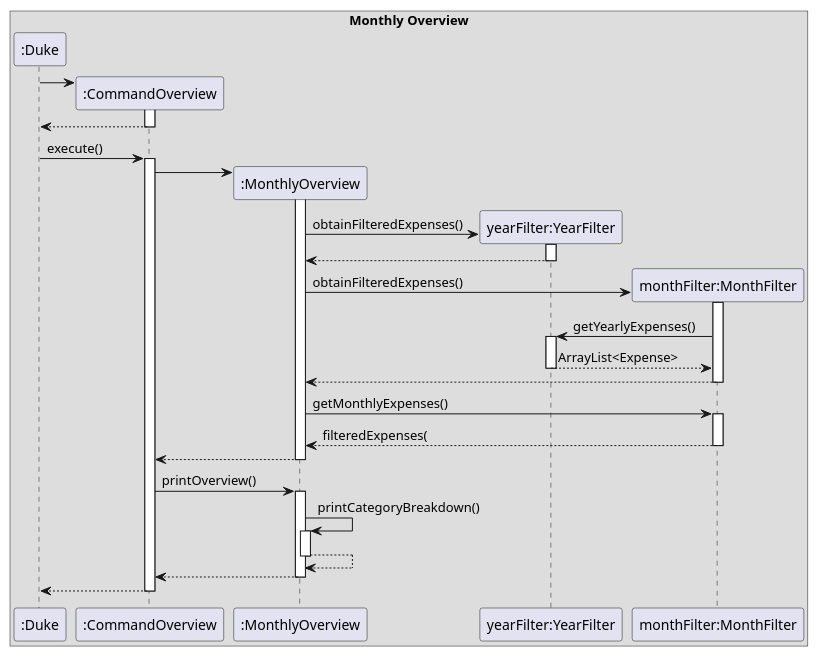
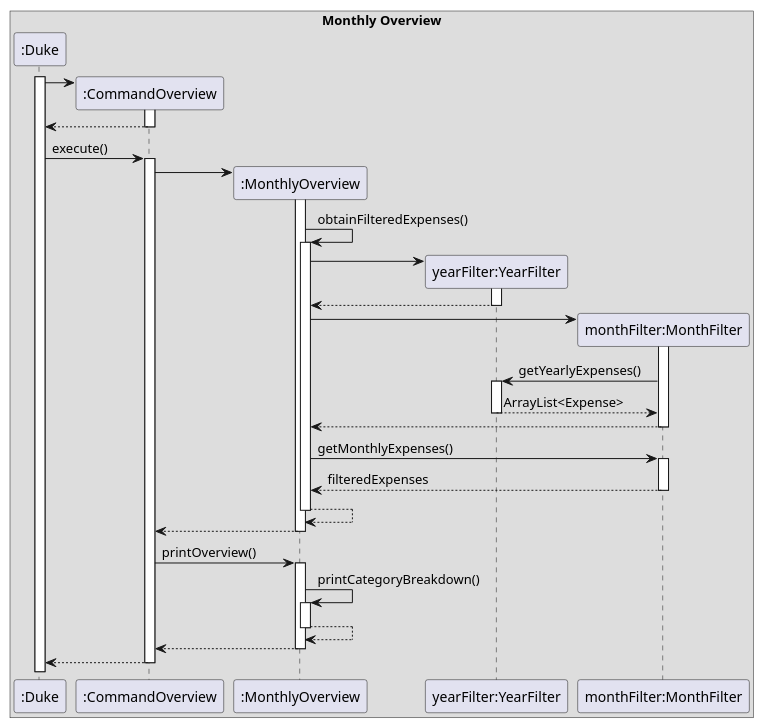
Before and after one commit to nus-cs2113-AY2223S2/tp: the diagram in docs/diagrams/MonthlyOverview.puml, drawn with PlantUML. The commit also changed 3 other files, not shown here.

```diff
--- a/docs/diagrams/MonthlyOverview.puml
+++ b/docs/diagrams/MonthlyOverview.puml
@@ -1,62 +1,66 @@
 @startuml
 'https://plantuml.com/sequence-diagram
 
 box Monthly Overview
 
 participant ":Duke" as Duke
 participant ":CommandOverview" as CommandOverview
 participant ":MonthlyOverview" as MonthlyOverview
 participant "yearFilter:YearFilter" as YearFilter
 participant "monthFilter:MonthFilter" as MonthFilter
+
+activate Duke
 
 create CommandOverview
 Duke -> CommandOverview
 activate CommandOverview
 CommandOverview --> Duke
 deactivate CommandOverview
 
 Duke -> CommandOverview : execute()
 activate CommandOverview
 
 create MonthlyOverview
 CommandOverview -> MonthlyOverview
 activate MonthlyOverview
+MonthlyOverview -> MonthlyOverview : obtainFilteredExpenses()
+activate MonthlyOverview
 create YearFilter
-MonthlyOverview -> YearFilter : obtainFilteredExpenses()
+MonthlyOverview -> YearFilter
 activate YearFilter
 YearFilter --> MonthlyOverview
 deactivate YearFilter
 
 create MonthFilter
-MonthlyOverview -> MonthFilter : obtainFilteredExpenses()
+MonthlyOverview -> MonthFilter
 activate MonthFilter
 MonthFilter -> YearFilter : getYearlyExpenses()
 activate YearFilter
 YearFilter --> MonthFilter : ArrayList<Expense>
 deactivate YearFilter
 MonthFilter -->MonthlyOverview
 deactivate MonthFilter
 
-deactivate YearFilter
 MonthlyOverview -> MonthFilter : getMonthlyExpenses()
 activate MonthFilter
-MonthFilter --> MonthlyOverview : filteredExpenses(
+MonthFilter --> MonthlyOverview : filteredExpenses
 deactivate MonthFilter
-
+MonthlyOverview --> MonthlyOverview
+deactivate MonthlyOverview
 MonthlyOverview --> CommandOverview
 deactivate MonthlyOverview
 
 CommandOverview -> MonthlyOverview : printOverview()
 activate MonthlyOverview
 MonthlyOverview -> MonthlyOverview : printCategoryBreakdown()
 activate MonthlyOverview
 MonthlyOverview --> MonthlyOverview
 deactivate MonthlyOverview
 MonthlyOverview --> CommandOverview
 deactivate MonthlyOverview
 
 CommandOverview --> Duke
 deactivate CommandOverview
 
 
 @enduml
```
